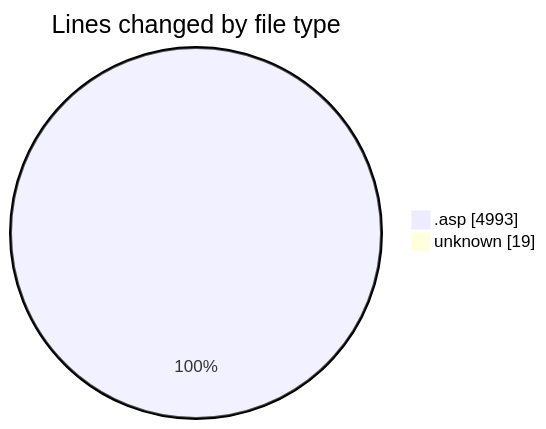
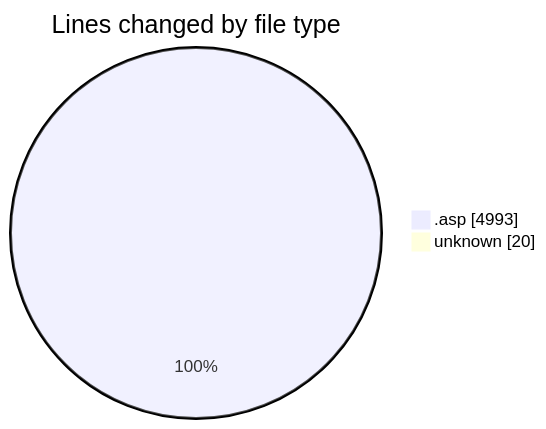
One commit to julien-gomy/code-tracking changed the first of 2 diagrams in 2025-10-27/cdp_aleoudev_fr__workspace_/README.md. Above: the diagram before and after it, drawn with Mermaid. The commit also changed other lines of this file and 1 other file, not shown here.

````diff
--- a/2025-10-27/cdp_aleoudev_fr__workspace_/README.md
+++ b/2025-10-27/cdp_aleoudev_fr__workspace_/README.md
@@ -25,6 +25,6 @@
 ```mermaid
 pie showData
 title Lines changed by file type
 ".asp" : 4993
-"unknown" : 19
+"unknown" : 20
 ```
````
